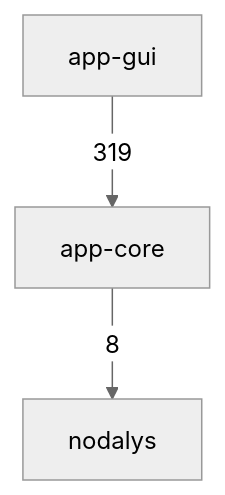
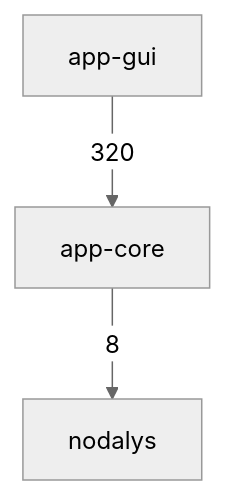
Before and after one commit to ronnymilleo/imcsim: the first of 3 diagrams in docs/architecture.md, drawn with Mermaid (neutral theme). The commit also changed 1 other file, not shown here.

Commit message:
Split serial and concurrent batch loops and update include layer count

````diff
--- a/docs/architecture.md
+++ b/docs/architecture.md
@@ -22,8 +22,8 @@
 ```mermaid
 flowchart TD
     app_gui[app-gui]
     app_core[app-core]
     nodalys[nodalys]
     app_core -->|8| nodalys
-    app_gui -->|319| app_core
+    app_gui -->|320| app_core
 ```
````
